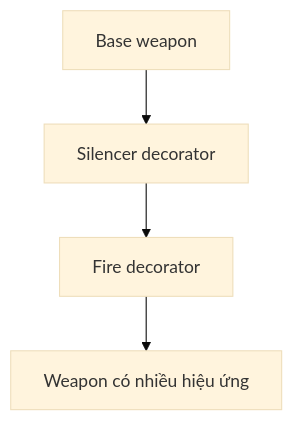
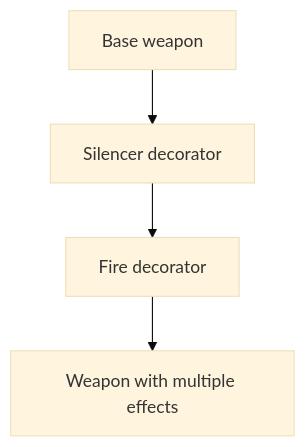
Before and after one commit to bugkodc/Road_Map_GameDev: the first of 3 diagrams in Doc/en/02-Design-Patterns/02-Catalog/02-Structural/04-decorator.md, drawn with Mermaid (base theme). The commit also changed other lines of this file and 38 other files, not shown here.

First line of the commit message:
Translate residual Vietnamese in English docs (diagrams, code, strings)

````diff
--- a/Doc/en/02-Design-Patterns/02-Catalog/02-Structural/04-decorator.md
+++ b/Doc/en/02-Design-Patterns/02-Catalog/02-Structural/04-decorator.md
@@ -50,6 +50,6 @@
 ```mermaid
 flowchart TD
   Weapon["Base weapon"] --> Silencer["Silencer decorator"]
   Silencer --> Fire["Fire decorator"]
-  Fire --> Result["Weapon có nhiều hiệu ứng"]
+  Fire --> Result["Weapon with multiple effects"]
 ```
````
